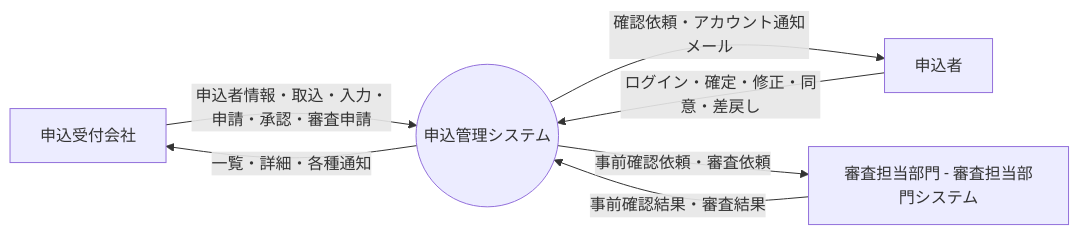
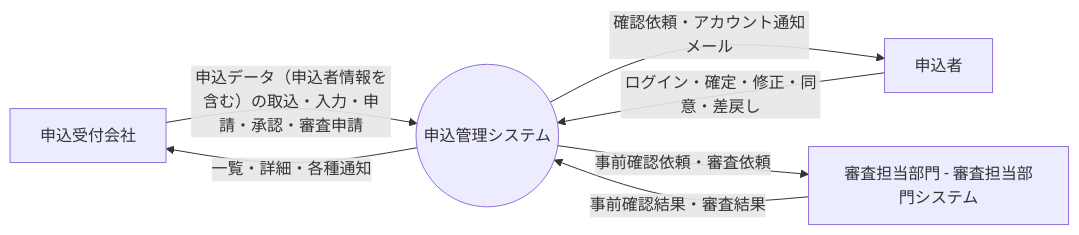
One commit to yasudaProduct/JavaServletSample2 changed the first of 2 diagrams in docs/basic-design/05-data-flow.md. Above: the diagram before and after it, drawn with Mermaid. The commit also changed other lines of this file and 66 other files, not shown here.

````diff
--- a/docs/basic-design/05-data-flow.md
+++ b/docs/basic-design/05-data-flow.md
@@ -11,13 +11,13 @@
 ```mermaid
 flowchart LR
     EMP[申込受付会社]
     APP[申込者]
     EXT[審査担当部門 - 審査担当部門システム]
     SYS((申込管理システム))
-    EMP -- 申込者情報・取込・入力・申請・承認・審査申請 --> SYS
+    EMP -- 申込データ（申込者情報を含む）の取込・入力・申請・承認・審査申請 --> SYS
     SYS -- 一覧・詳細・各種通知 --> EMP
     SYS -- 確認依頼・アカウント通知メール --> APP
     APP -- ログイン・確定・修正・同意・差戻し --> SYS
     SYS -- 事前確認依頼・審査依頼 --> EXT
     EXT -- 事前確認結果・審査結果 --> SYS
 ```
````
